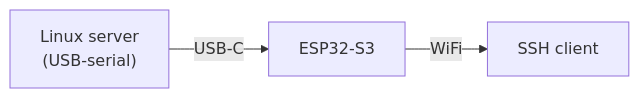
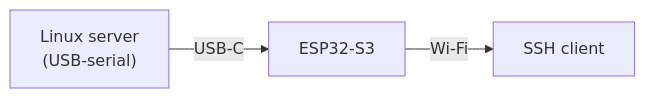
One commit to alxrxs/esp-tty changed the first of 2 diagrams in README.md. Above: the diagram before and after it, drawn with Mermaid. The commit also changed other lines of this file and 16 other files, not shown here.

````diff
--- a/README.md
+++ b/README.md
@@ -16,4 +15,4 @@
 ```mermaid
 flowchart LR
-    target["Linux server<br/>(USB-serial)"] -- "USB-C" --> esp["ESP32-S3"] -- "WiFi" --> ssh["SSH client"]
+    target["Linux server<br/>(USB-serial)"] -- "USB-C" --> esp["ESP32-S3"] -- "Wi-Fi" --> ssh["SSH client"]
 ```
````
